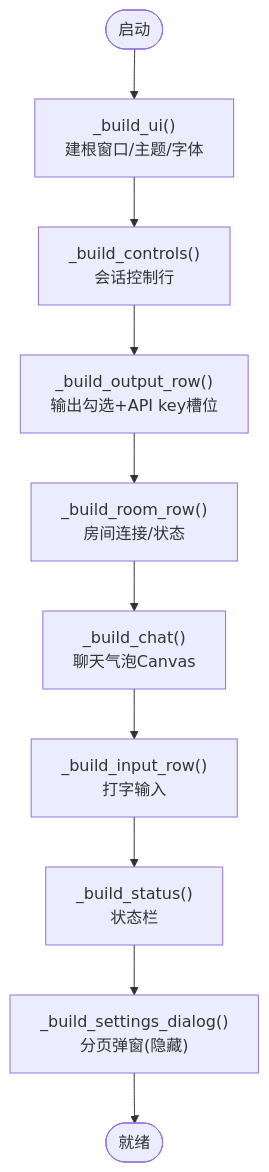
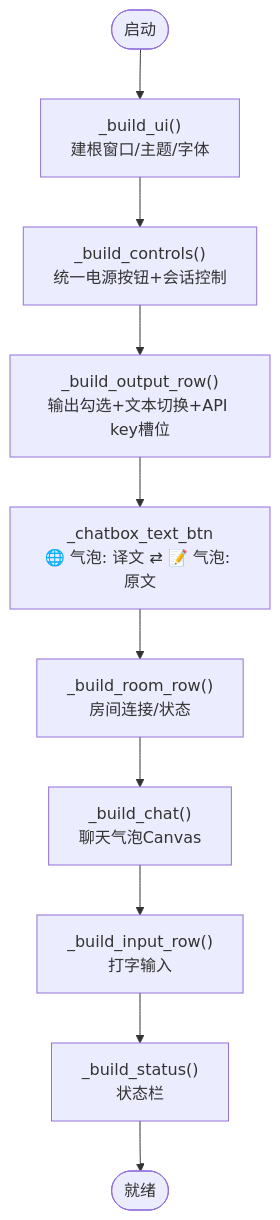
Before and after one commit to EMeowAGENT/vrchat-livetranslate: the third of 7 diagrams in .qoder/repowiki/zh/content/图形用户界面/图形用户界面.md, drawn with Mermaid. The commit also changed other lines of this file and 75 other files, not shown here.

````diff
--- a/.qoder/repowiki/zh/content/图形用户界面/图形用户界面.md
+++ b/.qoder/repowiki/zh/content/图形用户界面/图形用户界面.md
@@ -135,12 +155,12 @@
 ```mermaid
 flowchart TD
 Start(["启动"]) --> BuildUI["_build_ui()<br/>建根窗口/主题/字体"]
-BuildUI --> Controls["_build_controls()<br/>会话控制行"]
-Controls --> OutputRow["_build_output_row()<br/>输出勾选+API key槽位"]
-OutputRow --> RoomRow["_build_room_row()<br/>房间连接/状态"]
+BuildUI --> Controls["_build_controls()<br/>统一电源按钮+会话控制"]
+Controls --> OutputRow["_build_output_row()<br/>输出勾选+文本切换+API key槽位"]
+OutputRow --> ChatboxToggle["_chatbox_text_btn<br/>🌐 气泡: 译文 ⇄ 📝 气泡: 原文"]
+ChatboxToggle --> RoomRow["_build_room_row()<br/>房间连接/状态"]
 RoomRow --> Chat["_build_chat()<br/>聊天气泡Canvas"]
 Chat --> InputRow["_build_input_row()<br/>打字输入"]
 InputRow --> Status["_build_status()<br/>状态栏"]
-Status --> Settings["_build_settings_dialog()<br/>分页弹窗(隐藏)"]
-Settings --> Ready(["就绪"])
+Status --> Ready(["就绪"])
 ```
````
